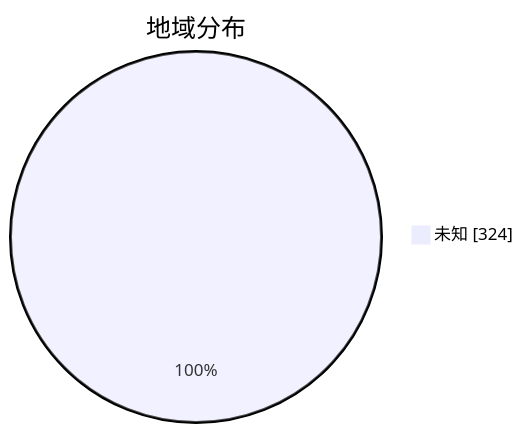
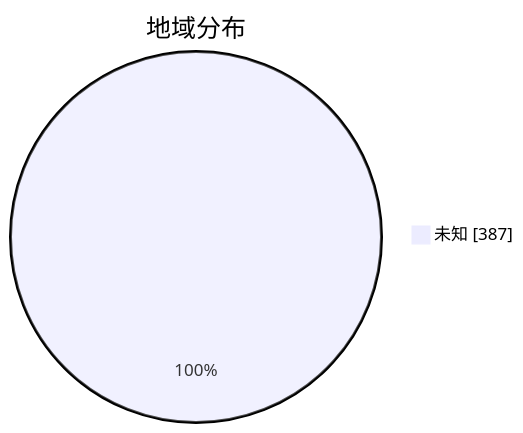
Before and after one commit to qjlxg/airport: the second of 3 diagrams in subs/statistics/tested_within.md, drawn with Mermaid. The commit also changed other lines of this file and 2 other files, not shown here.

````diff
--- a/subs/statistics/tested_within.md
+++ b/subs/statistics/tested_within.md
@@ -14,5 +14,5 @@
 ```mermaid
 pie showData
 title 地域分布
-"未知" : 324
+"未知" : 387
 ```
````
